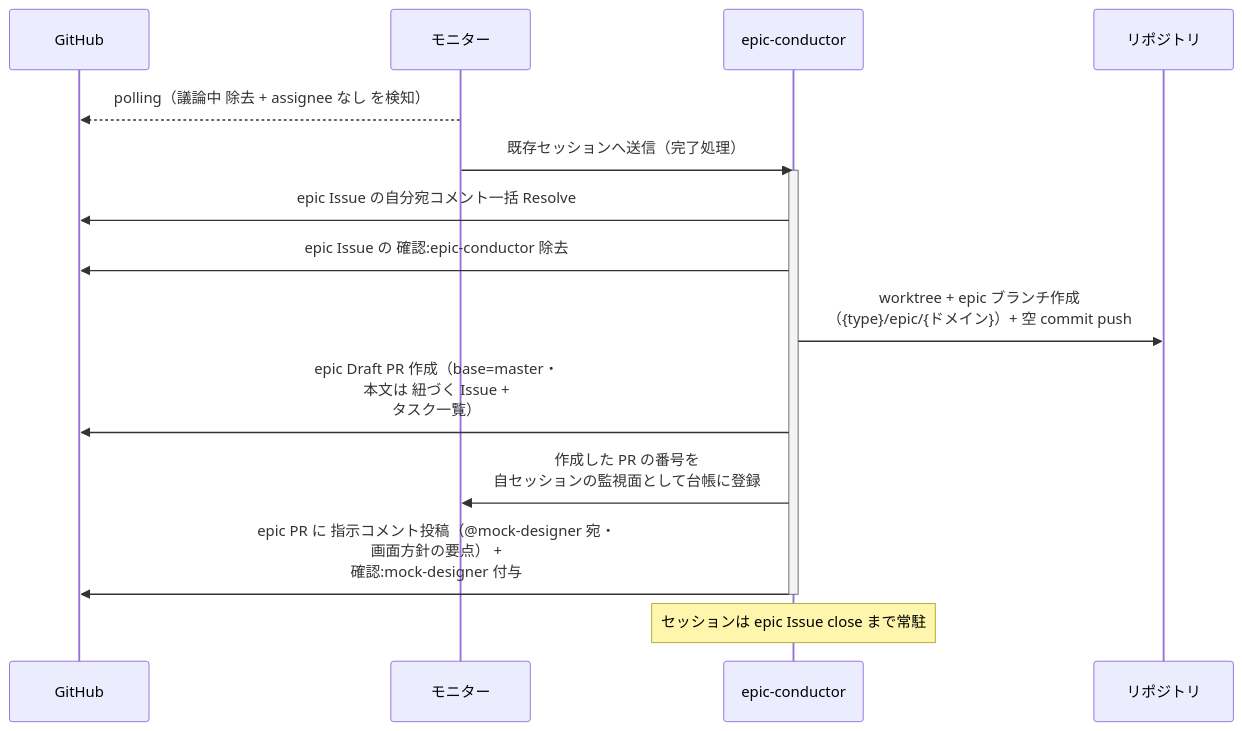
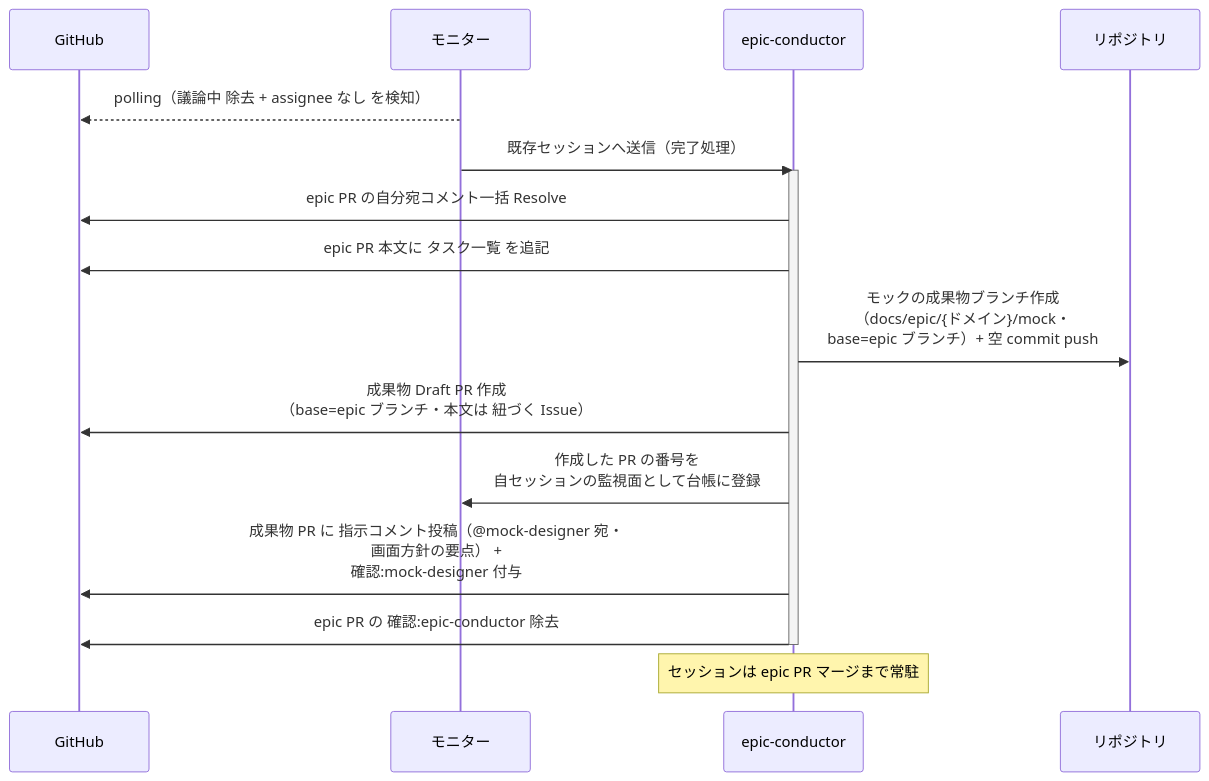
The third of 5 diagrams in docs/wiki/設計図/シナリオ/単一ユースケース/epic要件確定.md (shuhei1101/ai-monitor), drawn with Mermaid before and after one commit. The commit also changed other lines of this file and 256 other files, not shown here.

````diff
--- a/docs/wiki/設計図/シナリオ/単一ユースケース/epic要件確定.md
+++ b/docs/wiki/設計図/シナリオ/単一ユースケース/epic要件確定.md
@@ -153,19 +155,20 @@
 ```mermaid
 sequenceDiagram
   participant GH as GitHub
   participant ORC as モニター
   participant MON as epic-conductor
   participant REPO as リポジトリ
 
   ORC-->>GH: polling（議論中 除去 + assignee なし を検知）
   ORC->>MON: 既存セッションへ送信（完了処理）
   activate MON
-  MON->>GH: epic Issue の自分宛コメント一括 Resolve
-  MON->>GH: epic Issue の 確認:epic-conductor 除去
-  MON->>REPO: worktree + epic ブランチ作成<br>（{type}/epic/{ドメイン}）+ 空 commit push
-  MON->>GH: epic Draft PR 作成（base=master・<br>本文は 紐づく Issue +<br>タスク一覧）
+  MON->>GH: epic PR の自分宛コメント一括 Resolve
+  MON->>GH: epic PR 本文に タスク一覧 を追記
+  MON->>REPO: モックの成果物ブランチ作成<br>（docs/epic/{ドメイン}/mock・<br>base=epic ブランチ）+ 空 commit push
+  MON->>GH: 成果物 Draft PR 作成<br>（base=epic ブランチ・本文は 紐づく Issue）
   MON->>ORC: 作成した PR の番号を<br>自セッションの監視面として台帳に登録
-  MON->>GH: epic PR に 指示コメント投稿（@mock-designer 宛・<br>画面方針の要点） +<br>確認:mock-designer 付与
+  MON->>GH: 成果物 PR に 指示コメント投稿（@mock-designer 宛・<br>画面方針の要点） +<br>確認:mock-designer 付与
+  MON->>GH: epic PR の 確認:epic-conductor 除去
   deactivate MON
-  Note over MON: セッションは epic Issue close まで常駐
+  Note over MON: セッションは epic PR マージまで常駐
 ```
````
